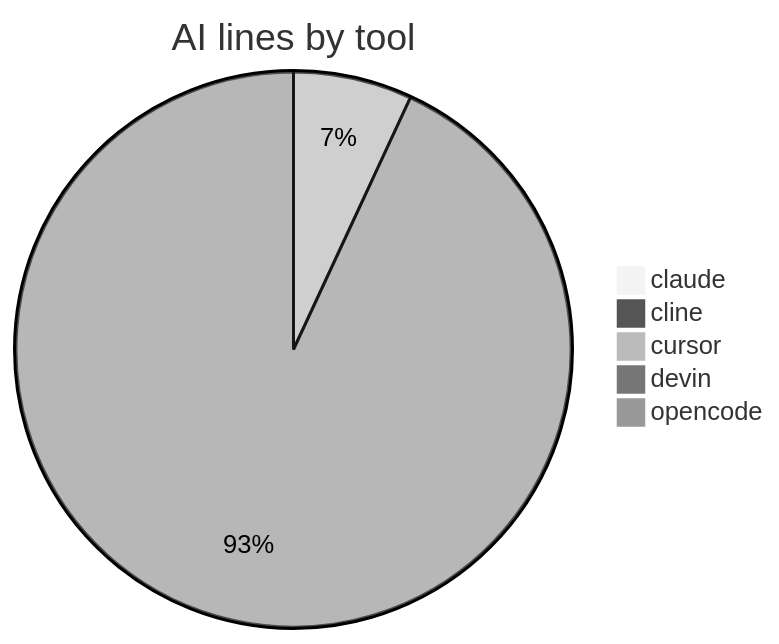
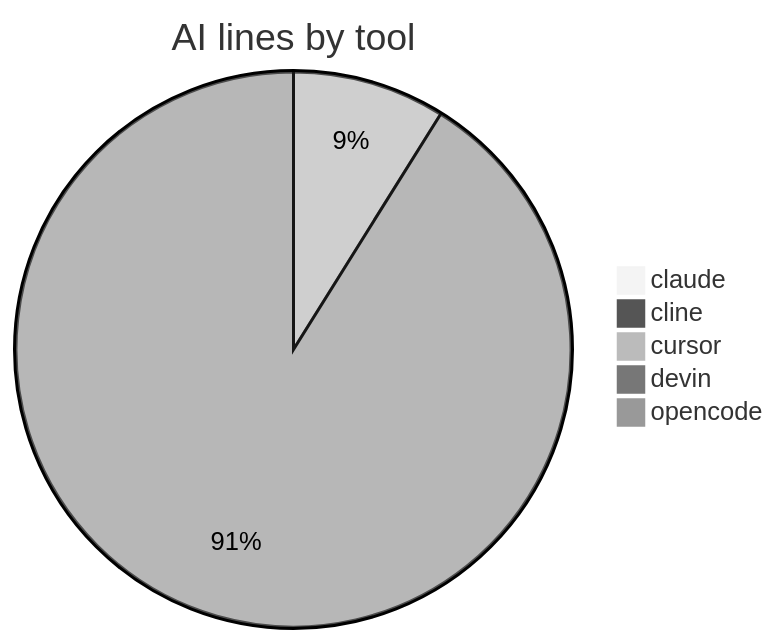
The third of 5 diagrams in AI-AUTHORSHIP.md (CaliMark/game-of-life), drawn with Mermaid (neutral theme) before and after one commit. The commit also changed other lines of this file and 1 other file, not shown here.

````diff
--- a/AI-AUTHORSHIP.md
+++ b/AI-AUTHORSHIP.md
@@ -49,8 +49,8 @@
 ```mermaid
 pie title AI lines by tool
     "claude" : 1
     "cline" : 2
     "cursor" : 61
     "devin" : 1
-    "opencode" : 821
+    "opencode" : 625
 ```
````
